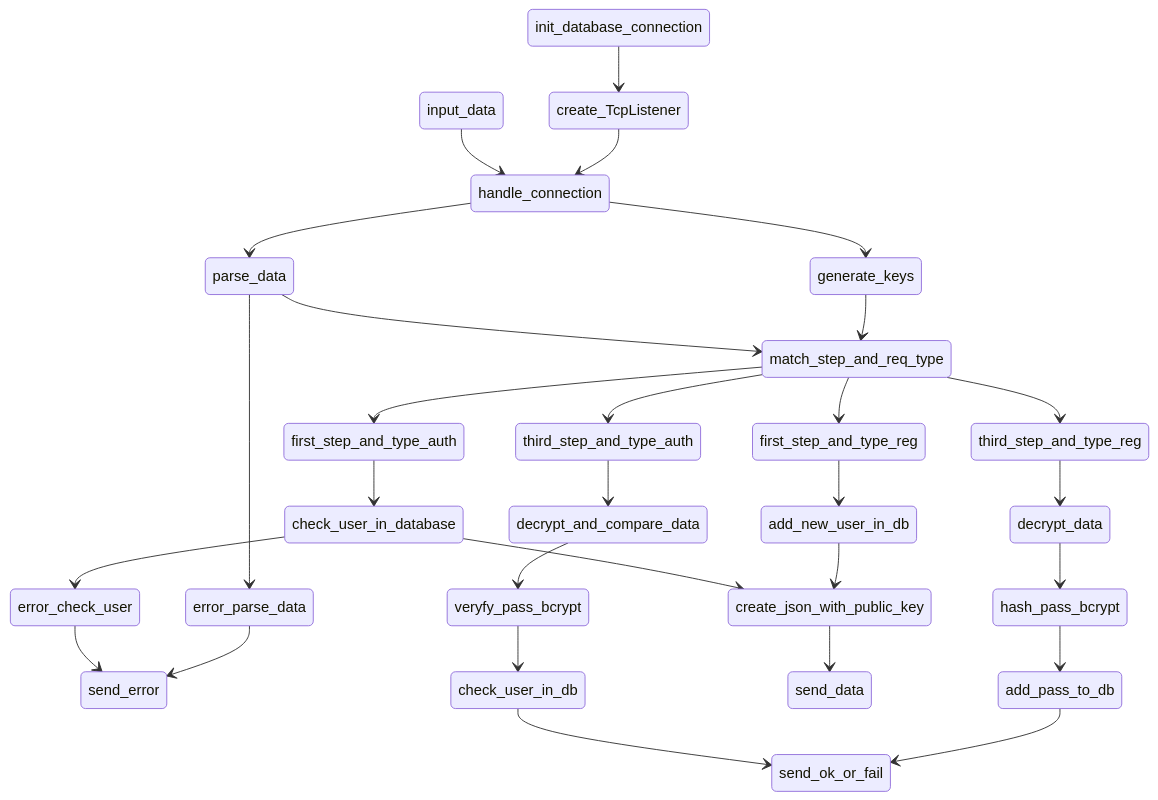
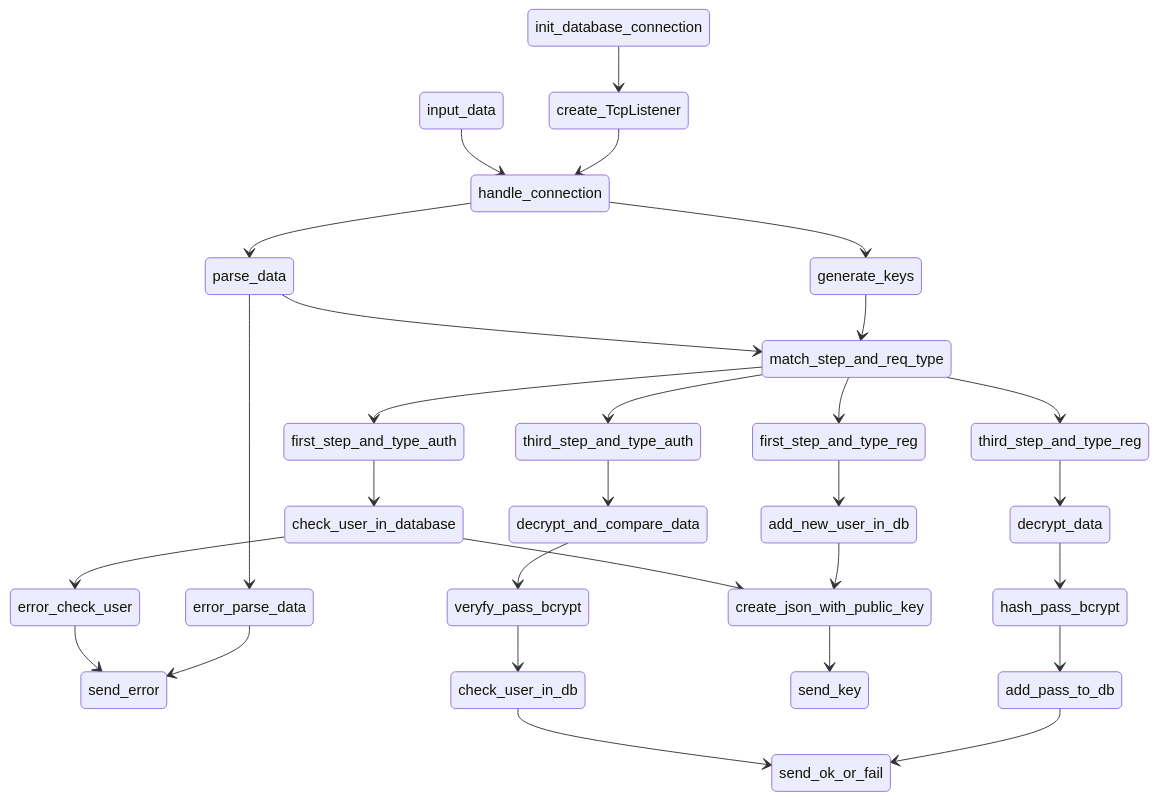
The diagram in README.md (CNDspace/SidZher_crypto), drawn with Mermaid before and after one commit.

````diff
--- a/README.md
+++ b/README.md
@@ -39,32 +39,32 @@
 ```mermaid
 stateDiagram-v2
     init_database_connection --> create_TcpListener
     create_TcpListener --> handle_connection
     input_data --> handle_connection
     handle_connection --> parse_data
     handle_connection --> generate_keys
     generate_keys --> match_step_and_req_type
     parse_data --> match_step_and_req_type
     parse_data --> error_parse_data
     error_parse_data --> send_error
     match_step_and_req_type --> first_step_and_type_auth
     match_step_and_req_type --> first_step_and_type_reg
     match_step_and_req_type --> third_step_and_type_auth
     match_step_and_req_type --> third_step_and_type_reg
     first_step_and_type_auth --> check_user_in_database
     first_step_and_type_reg --> add_new_user_in_db
     add_new_user_in_db --> create_json_with_public_key
     third_step_and_type_reg --> decrypt_data
     decrypt_data --> hash_pass_bcrypt
     hash_pass_bcrypt --> add_pass_to_db
     add_pass_to_db --> send_ok_or_fail
     check_user_in_database  --> error_check_user
     error_check_user --> send_error
     check_user_in_database --> create_json_with_public_key
-    create_json_with_public_key --> send_data
+    create_json_with_public_key --> send_key
     third_step_and_type_auth --> decrypt_and_compare_data
     decrypt_and_compare_data --> veryfy_pass_bcrypt
     veryfy_pass_bcrypt --> check_user_in_db
     check_user_in_db --> send_ok_or_fail
 
 ```
````
